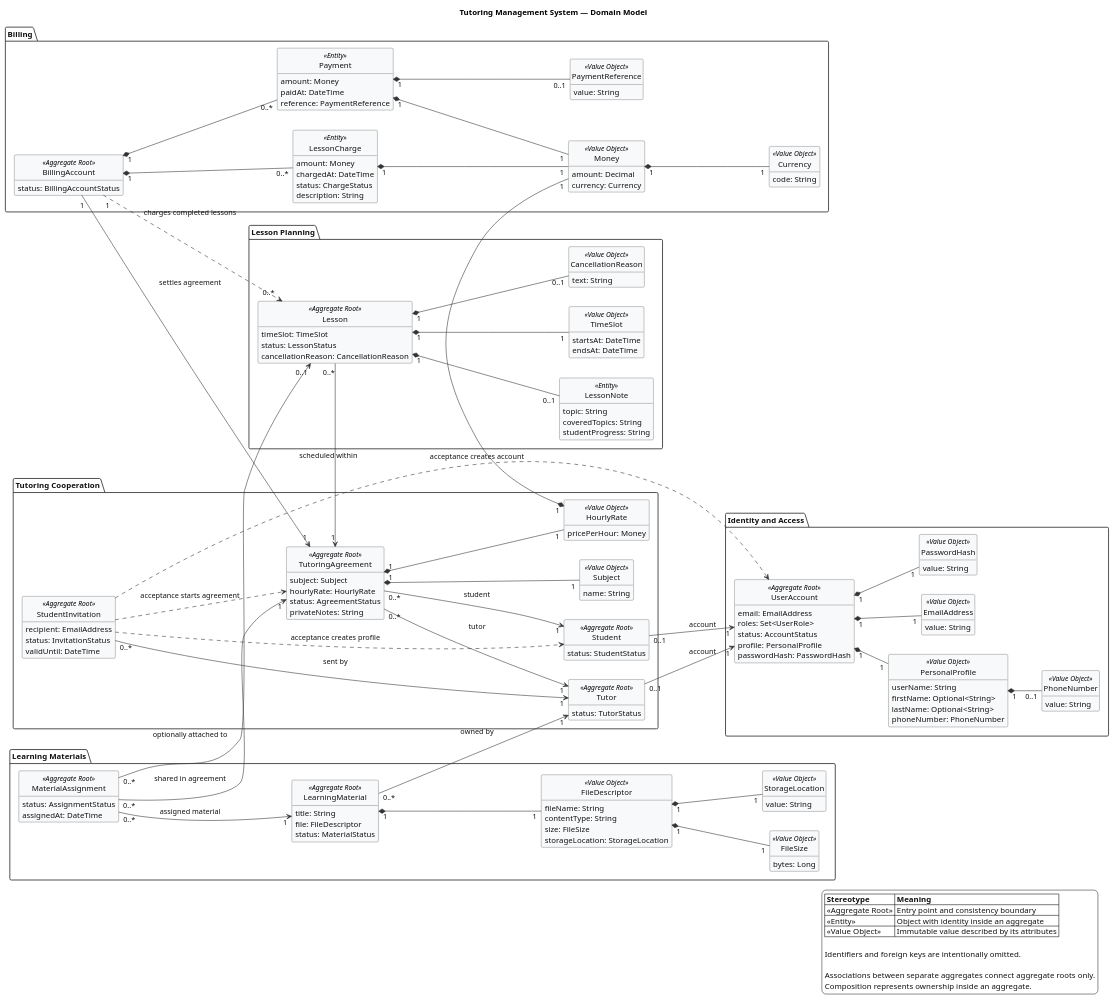
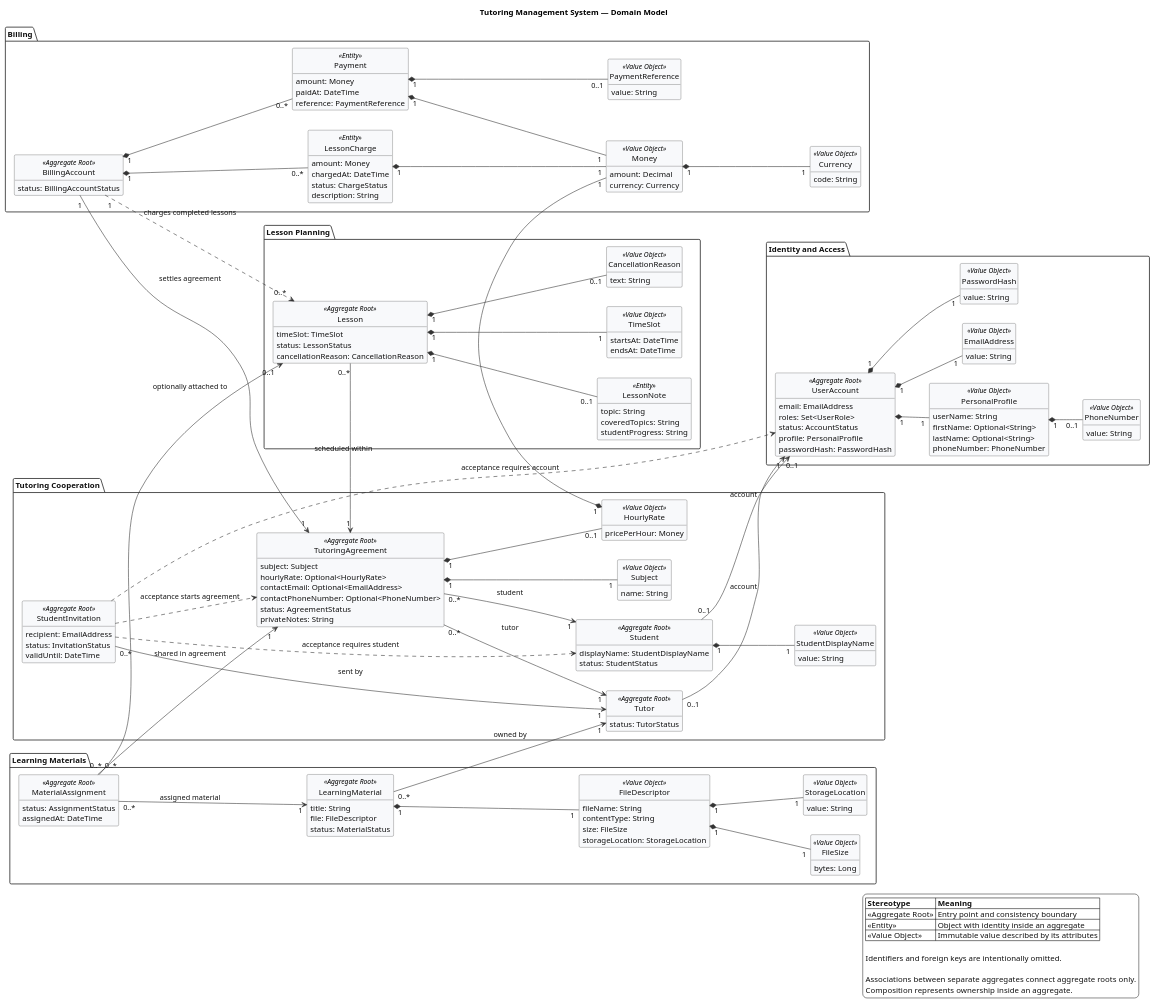
The diagram in docs/domain/diagrams/domain_model.puml (JStec0312/Tutoring-CRM-System), drawn with PlantUML before and after one commit. The commit also changed 43 other files, not shown here.

```diff
--- a/docs/domain/diagrams/domain_model.puml
+++ b/docs/domain/diagrams/domain_model.puml
@@ -103,12 +103,19 @@
   }
 
   class Student <<Aggregate Root>> {
+    displayName: StudentDisplayName
     status: StudentStatus
+  }
+
+  class StudentDisplayName <<Value Object>> {
+    value: String
   }
 
   class TutoringAgreement <<Aggregate Root>> {
     subject: Subject
-    hourlyRate: HourlyRate
+    hourlyRate: Optional<HourlyRate>
+    contactEmail: Optional<EmailAddress>
+    contactPhoneNumber: Optional<PhoneNumber>
     status: AgreementStatus
     privateNotes: String
   }
@@ -128,18 +135,19 @@
   }
 
   Tutor "0..1" --> "1" UserAccount : account
-  Student "0..1" --> "1" UserAccount : account
+  Student "0..1" --> "0..1" UserAccount : account
 
   TutoringAgreement "0..*" --> "1" Tutor : tutor
   TutoringAgreement "0..*" --> "1" Student : student
 
   StudentInvitation "0..*" --> "1" Tutor : sent by
-  StudentInvitation ..> UserAccount : acceptance creates account
-  StudentInvitation ..> Student : acceptance creates profile
+  StudentInvitation ..> UserAccount : acceptance requires account
+  StudentInvitation ..> Student : acceptance requires student
   StudentInvitation ..> TutoringAgreement : acceptance starts agreement
 
   TutoringAgreement "1" *-- "1" Subject
-  TutoringAgreement "1" *-- "1" HourlyRate
+  TutoringAgreement "1" *-- "0..1" HourlyRate
+  Student "1" *-- "1" StudentDisplayName
 }
 
 
```
